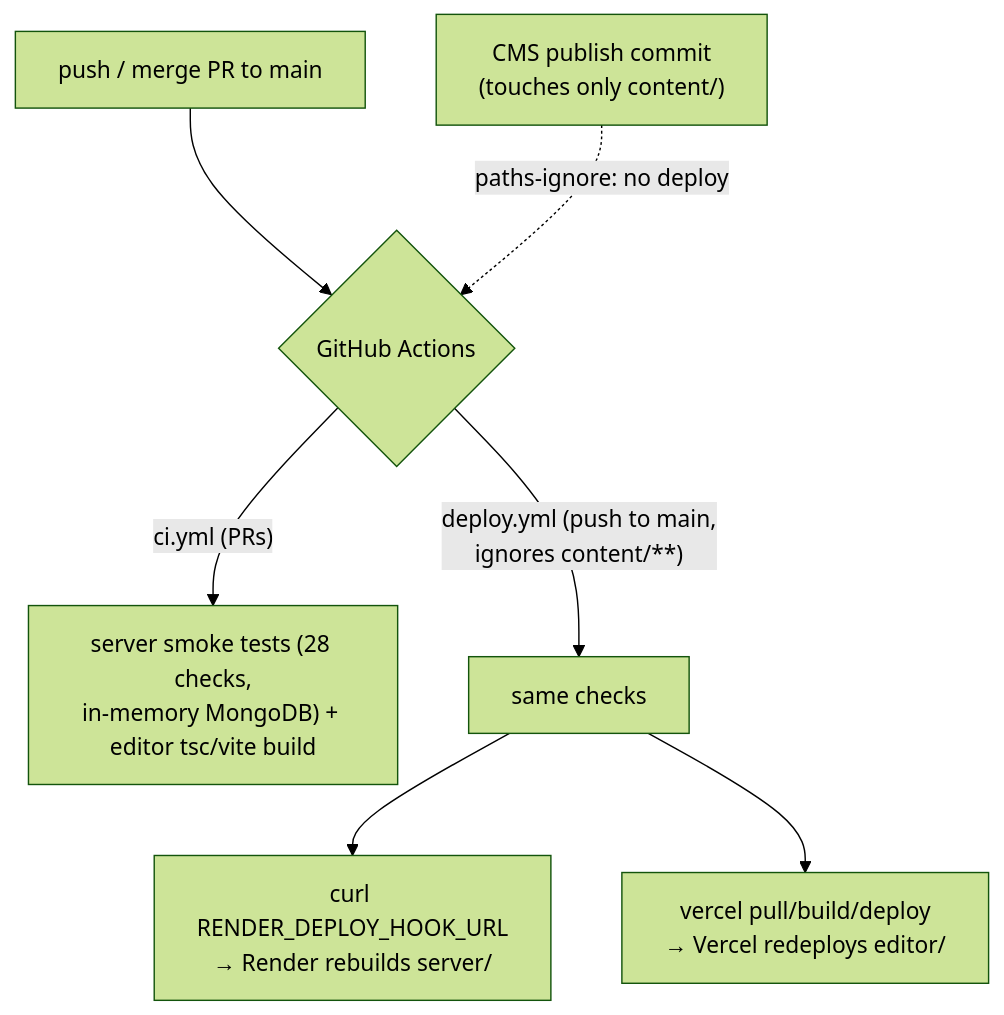
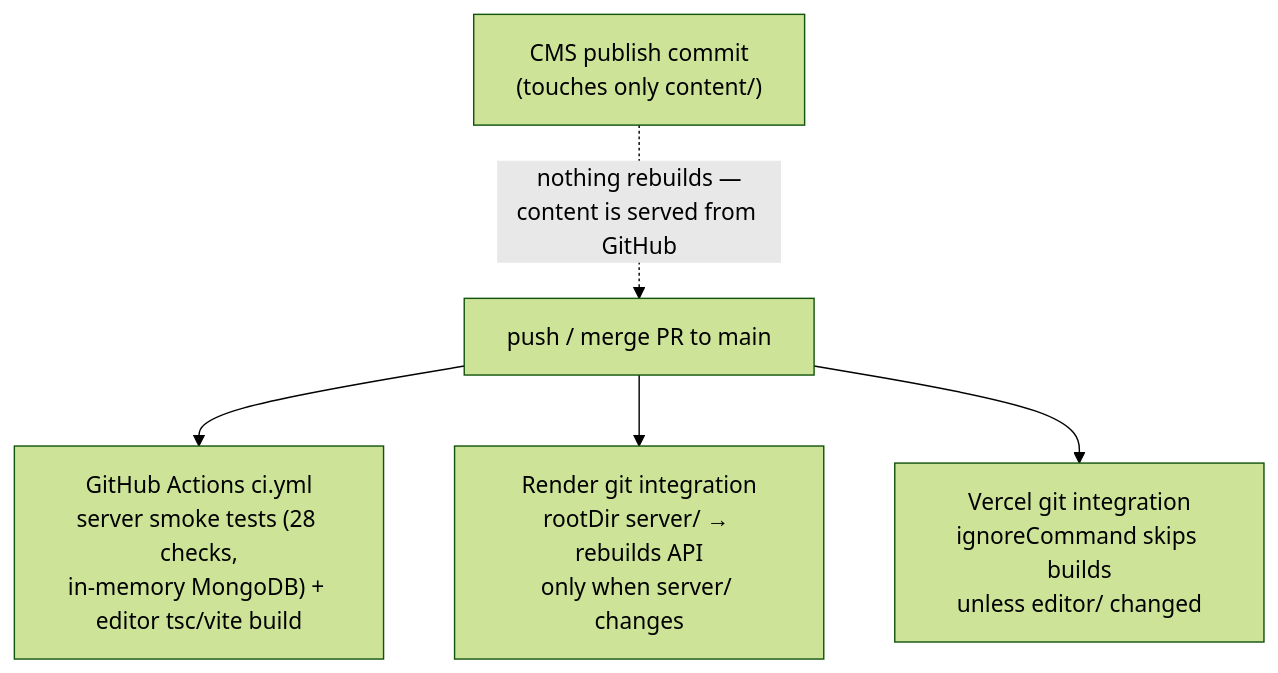
The fifth of 5 diagrams in ARCHITECTURE.md (Z35Tyyyy/blog_blob), drawn with Mermaid (forest theme) before and after one commit. The commit also changed other lines of this file and 4 other files, not shown here.

First line of the commit message:
chore: adapt CI/CD for manual platform deploys (Vercel hobby + Render free)

````diff
--- a/ARCHITECTURE.md
+++ b/ARCHITECTURE.md
@@ -183,9 +186,7 @@
 ```mermaid
 flowchart TD
-    dev["push / merge PR to main"] --> gha{"GitHub Actions"}
-    gha -->|"ci.yml (PRs)"| checks["server smoke tests (28 checks,<br/>in-memory MongoDB) + editor tsc/vite build"]
-    gha -->|"deploy.yml (push to main,<br/>ignores content/**)"| dchecks["same checks"]
-    dchecks --> rhook["curl RENDER_DEPLOY_HOOK_URL<br/>→ Render rebuilds server/"]
-    dchecks --> vdep["vercel pull/build/deploy<br/>→ Vercel redeploys editor/"]
-    publish["CMS publish commit<br/>(touches only content/)"] -.->|"paths-ignore: no deploy"| gha
+    dev["push / merge PR to main"] --> gha["GitHub Actions ci.yml<br/>server smoke tests (28 checks,<br/>in-memory MongoDB) + editor tsc/vite build"]
+    dev --> render["Render git integration<br/>rootDir server/ → rebuilds API<br/>only when server/ changes"]
+    dev --> vercel["Vercel git integration<br/>ignoreCommand skips builds<br/>unless editor/ changed"]
+    publish["CMS publish commit<br/>(touches only content/)"] -.->|"nothing rebuilds —<br/>content is served from GitHub"| dev
 ```
````
